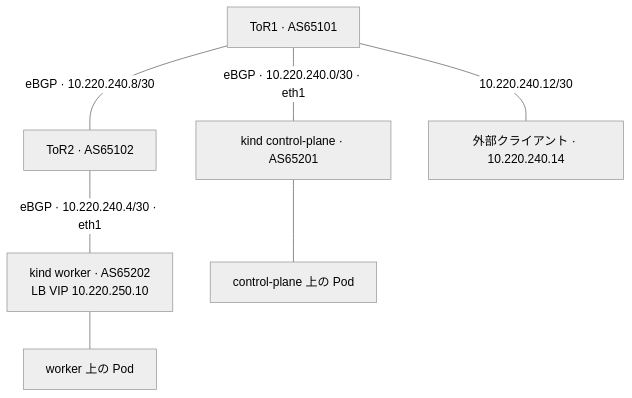
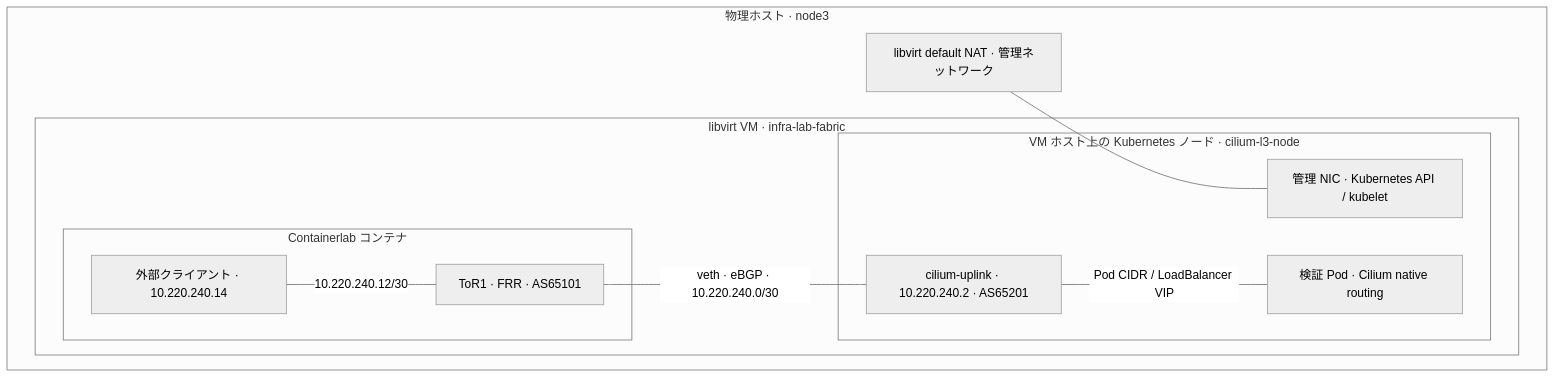
One commit to sugaf1204/infra-lab changed the diagram in k8s-cilium-full-l3-bgp-on-the-host/README.md. Above: the diagram before and after it, drawn with Mermaid (neutral theme). The commit also changed other lines of this file and 18 other files, not shown here.

Commit message:
Use kubeadm and native tenant routes in lab topologies

````diff
--- a/k8s-cilium-full-l3-bgp-on-the-host/README.md
+++ b/k8s-cilium-full-l3-bgp-on-the-host/README.md
@@ -7,16 +7,21 @@
 ```mermaid
 flowchart TB
-    T1["ToR1 · AS65101"]
-    T2["ToR2 · AS65102"]
-    N1["kind control-plane · AS65201"]
-    N2["kind worker · AS65202<br/>LB VIP 10.220.250.10"]
-    P1["control-plane 上の Pod"]
-    P2["worker 上の Pod"]
-    CLIENT["外部クライアント · 10.220.240.14"]
-    T1 ---|"eBGP · 10.220.240.8/30"| T2
-    T1 ---|"eBGP · 10.220.240.0/30 · eth1"| N1
-    T2 ---|"eBGP · 10.220.240.4/30 · eth1"| N2
-    T1 ---|"10.220.240.12/30"| CLIENT
-    N1 --- P1
-    N2 --- P2
+    subgraph HOST["物理ホスト · node3"]
+        NAT["libvirt default NAT · 管理ネットワーク"]
+        subgraph FABRIC["libvirt VM · infra-lab-fabric"]
+            subgraph CLAB["Containerlab コンテナ"]
+                CLIENT["外部クライアント · 10.220.240.14"]
+                TOR["ToR1 · FRR · AS65101"]
+                CLIENT ---|"10.220.240.12/30"| TOR
+            end
+            subgraph NODE["VM ホスト上の Kubernetes ノード · cilium-l3-node"]
+                MGMT["管理 NIC · Kubernetes API / kubelet"]
+                UPLINK["cilium-uplink · 10.220.240.2 · AS65201"]
+                POD["検証 Pod · Cilium native routing"]
+                UPLINK ---|"Pod CIDR / LoadBalancer VIP"| POD
+            end
+            TOR ---|"veth · eBGP · 10.220.240.0/30"| UPLINK
+        end
+        NAT --- MGMT
+    end
 ```
````
